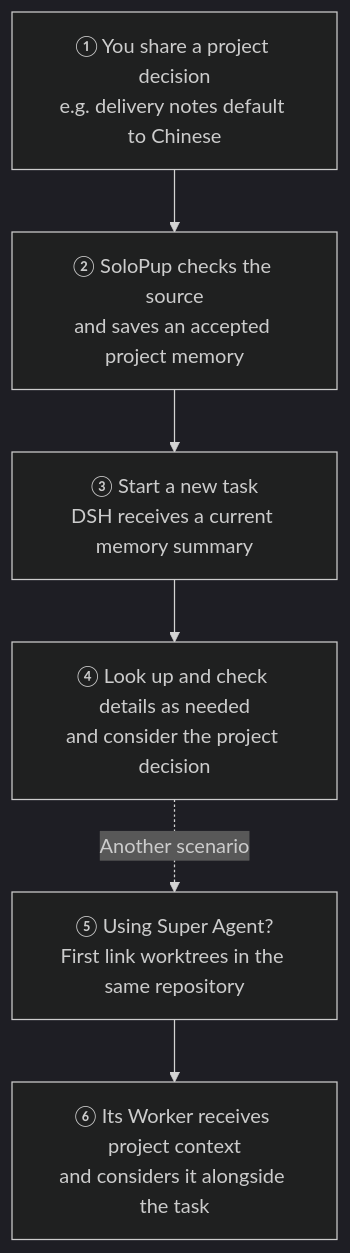
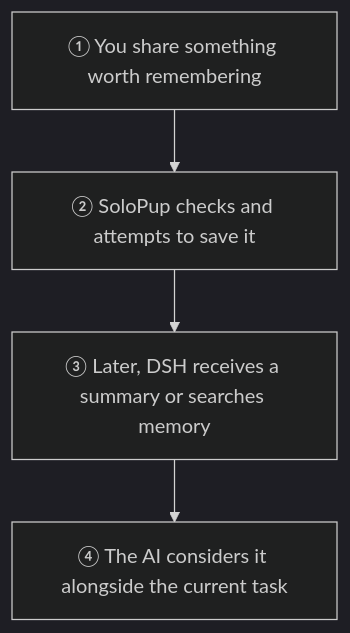
Before and after one commit to OakcoderX/solopup-memory: the diagram in README.en.md, drawn with Mermaid (dark theme). The commit also changed other lines of this file and 1 other file, not shown here.

Commit message:
Make memory benefits clear on homepage

````diff
--- a/README.en.md
+++ b/README.en.md
@@ -11,8 +22,6 @@
 ```mermaid
 flowchart TD
-    A["① You share a project decision<br/>e.g. delivery notes default to Chinese"] --> B["② SoloPup checks the source<br/>and saves an accepted project memory"]
-    B --> C["③ Start a new task<br/>DSH receives a current memory summary"]
-    C --> D["④ Look up and check details as needed<br/>and consider the project decision"]
-    D -.->|Another scenario| E["⑤ Using Super Agent?<br/>First link worktrees in the same repository"]
-    E --> F["⑥ Its Worker receives project context<br/>and considers it alongside the task"]
+    A["① You share something worth remembering"] --> B["② SoloPup checks and attempts to save it"]
+    B --> C["③ Later, DSH receives a summary or searches memory"]
+    C --> D["④ The AI considers it alongside the current task"]
 ```
````
